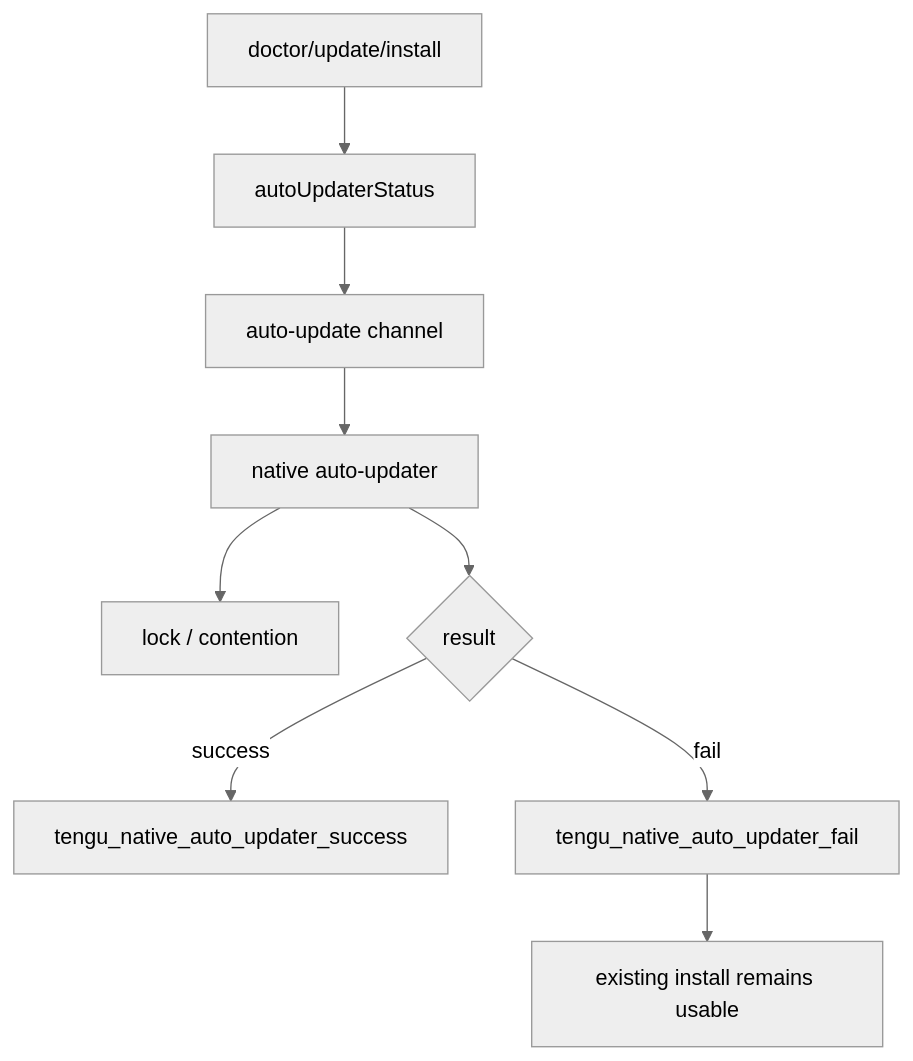
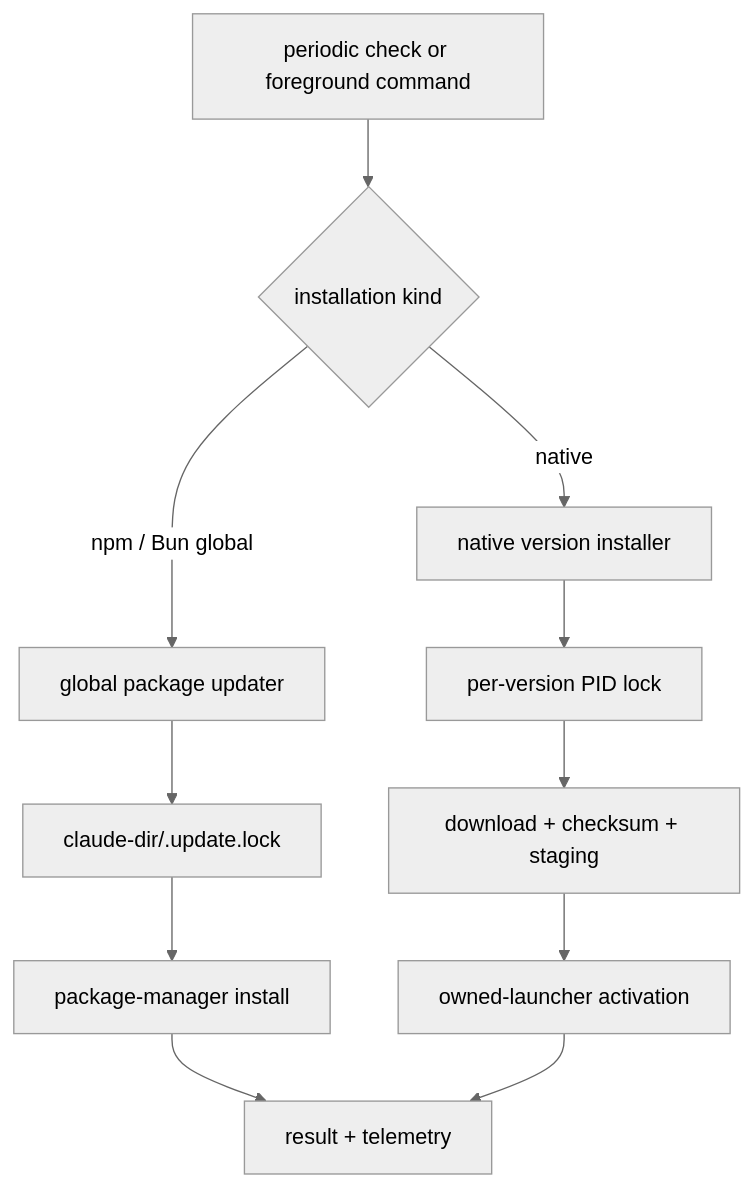
The diagram in docs/05-hosted-agent-ops/updater-and-doctor.md (vibewatch/claude-code-internals), drawn with Mermaid (neutral theme) before and after one commit. The commit also changed other lines of this file and 46 other files, not shown here.

````diff
--- a/docs/05-hosted-agent-ops/updater-and-doctor.md
+++ b/docs/05-hosted-agent-ops/updater-and-doctor.md
@@ -36,11 +36,13 @@
 ```mermaid
 flowchart TD
-    Command[doctor/update/install] --> State[autoUpdaterStatus]
-    State --> Channel[auto-update channel]
-    Channel --> Updater[native auto-updater]
-    Updater --> Lock[lock / contention]
-    Updater --> Result{result}
-    Result -->|success| Success[tengu_native_auto_updater_success]
-    Result -->|fail| Failure[tengu_native_auto_updater_fail]
-    Failure --> Existing[existing install remains usable]
+    Trigger[periodic check or foreground command] --> Kind{installation kind}
+    Kind -->|npm / Bun global| Global[global package updater]
+    Kind -->|native| Native[native version installer]
+    Global --> GlobalLock[claude-dir/.update.lock]
+    Native --> VersionLock[per-version PID lock]
+    GlobalLock --> GlobalInstall[package-manager install]
+    VersionLock --> Stage[download + checksum + staging]
+    Stage --> Activate[owned-launcher activation]
+    GlobalInstall --> Result[result + telemetry]
+    Activate --> Result
 ```
````
